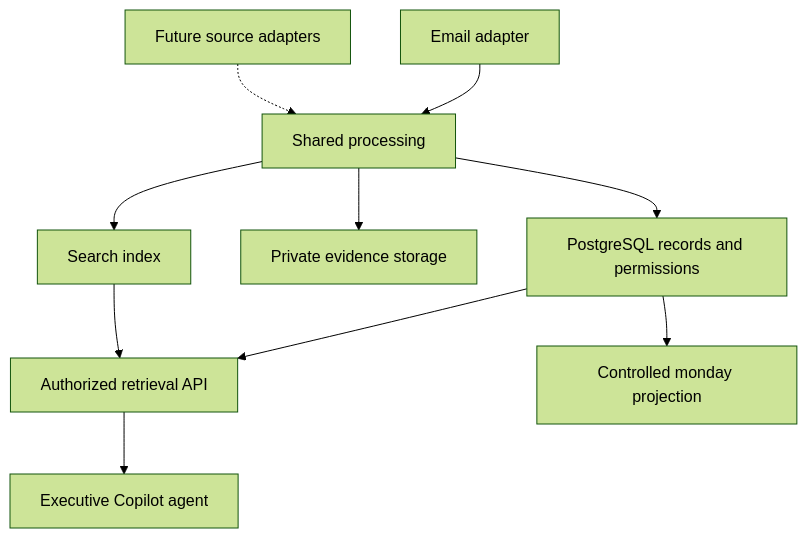
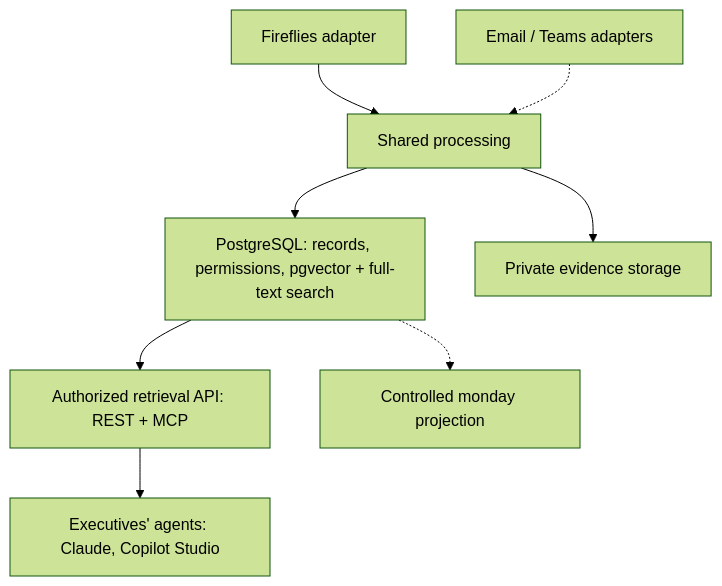
One commit to Finishes-Solutions/fs-communication-intelligence changed the diagram in README.md. Above: the diagram before and after it, drawn with Mermaid (forest theme). The commit also changed other lines of this file and 12 other files, not shown here.

First line of the commit message:
Plan Fireflies-first release: pipeline, Function Apps, database, search and agents

````diff
--- a/README.md
+++ b/README.md
@@ -34,12 +39,10 @@
 ```mermaid
 flowchart TD
-  E[Email adapter] --> P[Shared processing]
-  T[Future source adapters] -.-> P
-  P --> D[PostgreSQL records and permissions]
+  F[Fireflies adapter] --> P[Shared processing]
+  T[Email / Teams adapters] -.-> P
+  P --> D[PostgreSQL: records, permissions, pgvector + full-text search]
   P --> B[Private evidence storage]
-  P --> I[Search index]
-  D --> R[Authorized retrieval API]
-  I --> R
-  R --> C[Executive Copilot agent]
-  D --> O[Controlled monday projection]
+  D --> R[Authorized retrieval API: REST + MCP]
+  R --> C[Executives' agents: Claude, Copilot Studio]
+  D -.-> O[Controlled monday projection]
 ```
````
